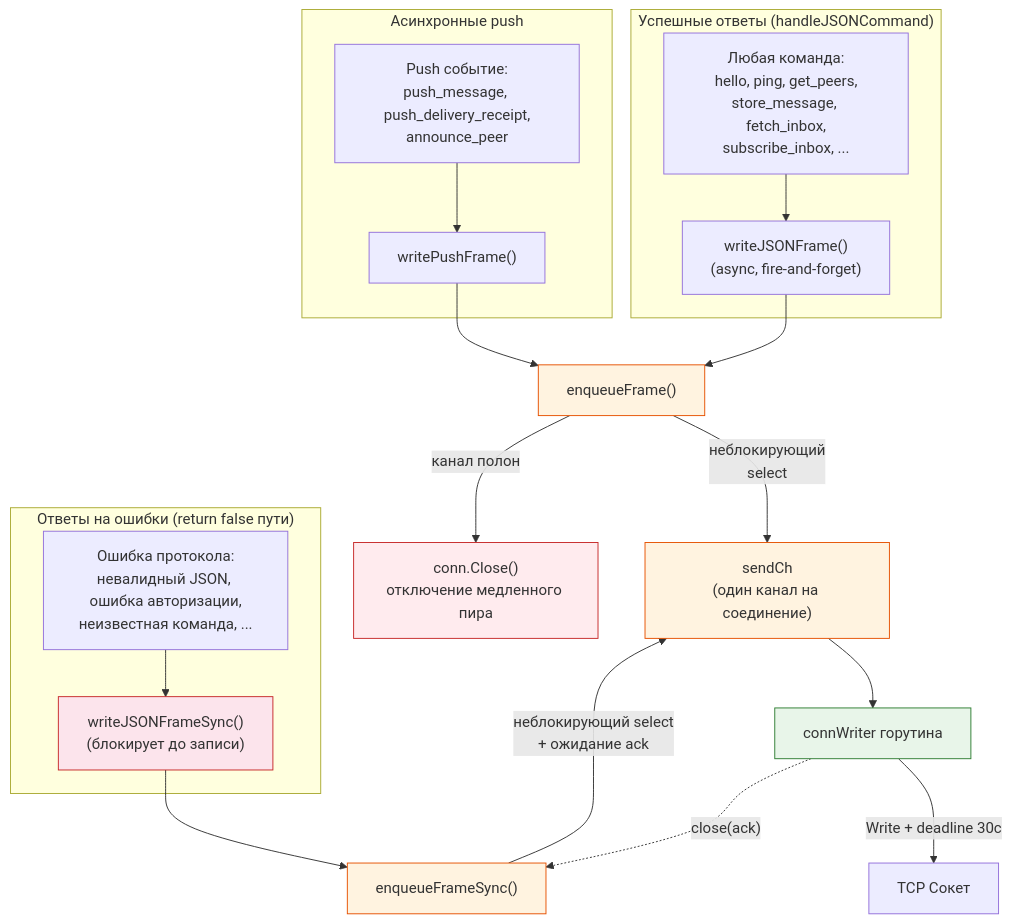
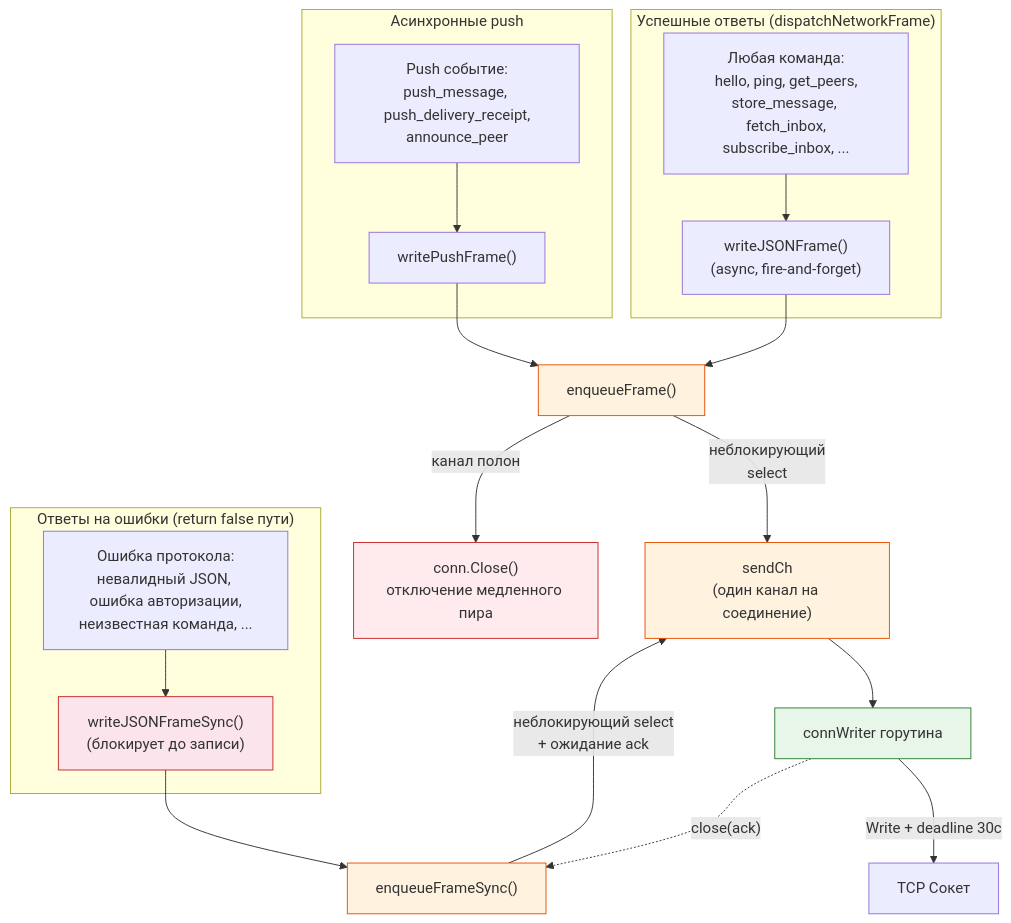
One commit to piratecash/corsa changed diagram 18 of 18 in docs/mesh.md. Above: the diagram before and after it, drawn with Mermaid. The commit also changed other lines of this file and 3 other files, not shown here.

Commit message:
refactor(node): align docs and test names with dispatchNetworkFrame / dispatchPeerSessionFrame rename

````diff
--- a/docs/mesh.md
+++ b/docs/mesh.md
@@ -1192,44 +1192,44 @@
 ```mermaid
 flowchart TD
-    subgraph "Успешные ответы (handleJSONCommand)"
+    subgraph "Успешные ответы (dispatchNetworkFrame)"
         CMD["Любая команда:<br/>hello, ping, get_peers,<br/>store_message, fetch_inbox,<br/>subscribe_inbox, ..."]
         WJF["writeJSONFrame()<br/>(async, fire-and-forget)"]
     end
 
     subgraph "Ответы на ошибки (return false пути)"
         ERR["Ошибка протокола:<br/>невалидный JSON, ошибка авторизации,<br/>неизвестная команда, ..."]
         WJFS["writeJSONFrameSync()<br/>(блокирует до записи)"]
     end
 
     subgraph "Асинхронные push"
         PUSH["Push событие:<br/>push_message, push_delivery_receipt,<br/>announce_peer"]
         WPF["writePushFrame()"]
     end
 
     ENQ["enqueueFrame()"]
     ENQS["enqueueFrameSync()"]
     CH["sendCh<br/>(один канал на соединение)"]
     CW["connWriter горутина"]
     TCP["TCP Сокет"]
 
     CMD --> WJF
     WJF --> ENQ
     ERR --> WJFS
     WJFS --> ENQS
     PUSH --> WPF
     WPF --> ENQ
     ENQ -->|"неблокирующий<br/>select"| CH
     ENQS -->|"неблокирующий select<br/>+ ожидание ack"| CH
     CH --> CW
     CW -->|"Write + deadline 30с"| TCP
     CW -.->|"close(ack)"| ENQS
 
     ENQ -->|"канал полон"| EVICT["conn.Close()<br/>отключение медленного пира"]
 
     style ENQ fill:#fff3e0,stroke:#e65100
     style ENQS fill:#fff3e0,stroke:#e65100
     style EVICT fill:#ffebee,stroke:#c62828
     style CW fill:#e8f5e9,stroke:#2e7d32
     style CH fill:#fff3e0,stroke:#e65100
     style WJFS fill:#fce4ec,stroke:#c62828
 ```
````
